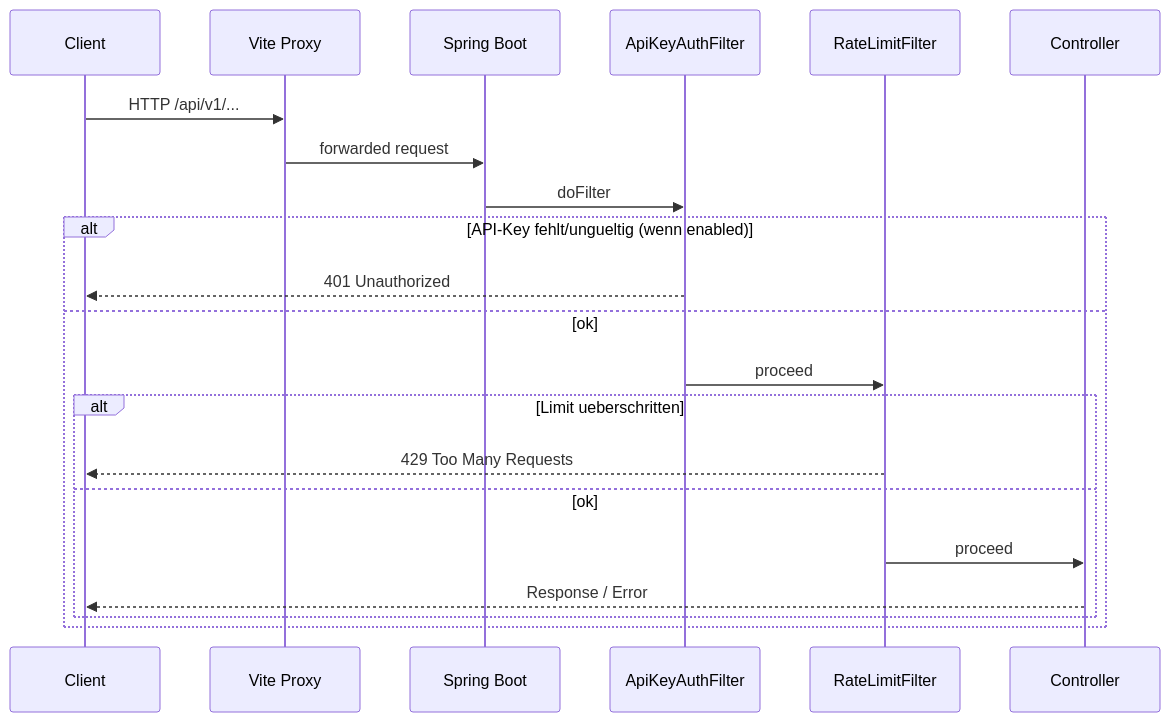
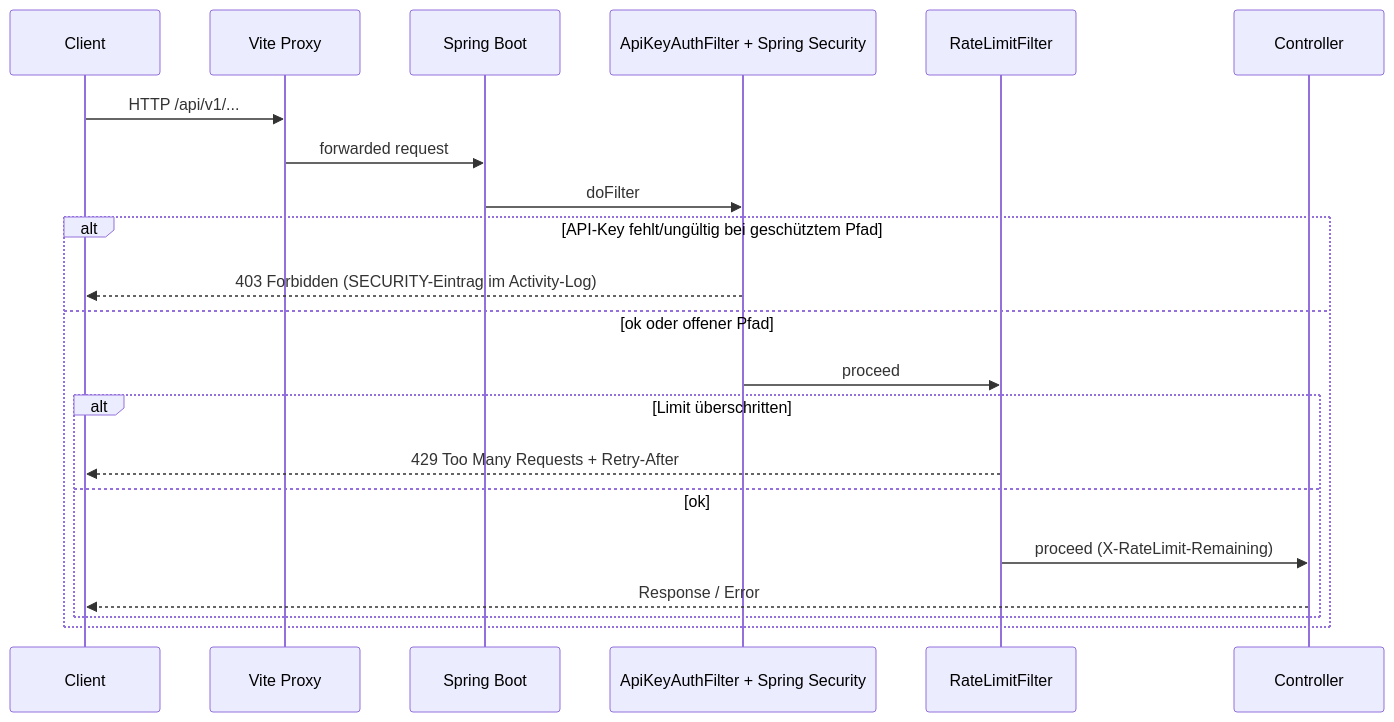
The second of 3 diagrams in docs/request-lifecycle-diagrams.md (FLSEST/MySuricates), drawn with Mermaid before and after one commit. The commit also changed other lines of this file and 4 other files, not shown here.

First line of the commit message:
docs(diagramme): Request page corrects 403, error format, rate-limit defaults and open endpoints

````diff
--- a/docs/request-lifecycle-diagrams.md
+++ b/docs/request-lifecycle-diagrams.md
@@ -27,24 +27,24 @@
 ```mermaid
 sequenceDiagram
     participant Client
     participant Proxy as Vite Proxy
     participant API as Spring Boot
-    participant AK as ApiKeyAuthFilter
+    participant AK as ApiKeyAuthFilter + Spring Security
     participant RL as RateLimitFilter
     participant CTR as Controller
 
     Client->>Proxy: HTTP /api/v1/...
     Proxy->>API: forwarded request
     API->>AK: doFilter
-    alt API-Key fehlt/ungueltig (wenn enabled)
-        AK-->>Client: 401 Unauthorized
-    else ok
+    alt API-Key fehlt/ungültig bei geschütztem Pfad
+        AK-->>Client: 403 Forbidden (SECURITY-Eintrag im Activity-Log)
+    else ok oder offener Pfad
         AK->>RL: proceed
-        alt Limit ueberschritten
-            RL-->>Client: 429 Too Many Requests
+        alt Limit überschritten
+            RL-->>Client: 429 Too Many Requests + Retry-After
         else ok
-            RL->>CTR: proceed
+            RL->>CTR: proceed (X-RateLimit-Remaining)
             CTR-->>Client: Response / Error
         end
     end
 ```
````
